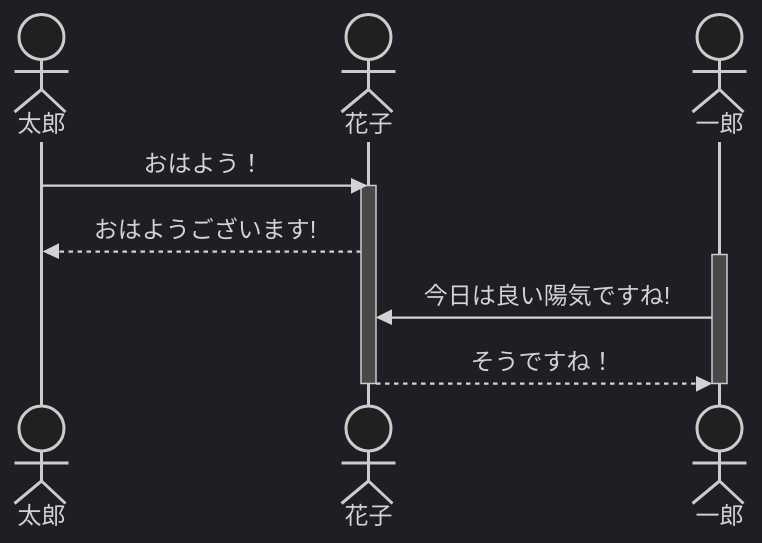
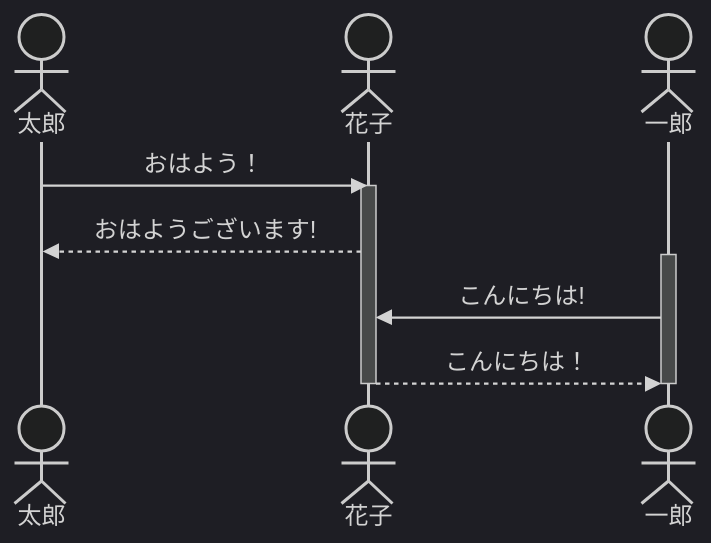
The second of 3 diagrams in README.md (tpu-game-2023/mermaid_test), drawn with Mermaid (dark theme) before and after one commit.

````diff
--- a/README.md
+++ b/README.md
@@ -38,14 +38,14 @@
 ```mermaid
 sequenceDiagram
     actor 太郎
     actor 花子
     actor 一郎
     太郎->>花子: おはよう！
     activate 花子
     花子-->>太郎: おはようございます!
     activate 一郎
-    一郎->>花子: 今日は良い陽気ですね!
-    花子-->>一郎: そうですね！
+    一郎->>花子: こんにちは!
+    花子-->>一郎: こんにちは！
     deactivate 花子
     deactivate 一郎
 ```
````
